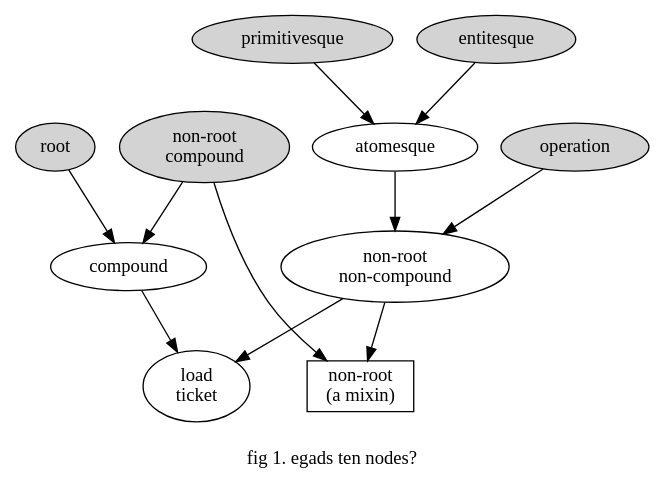
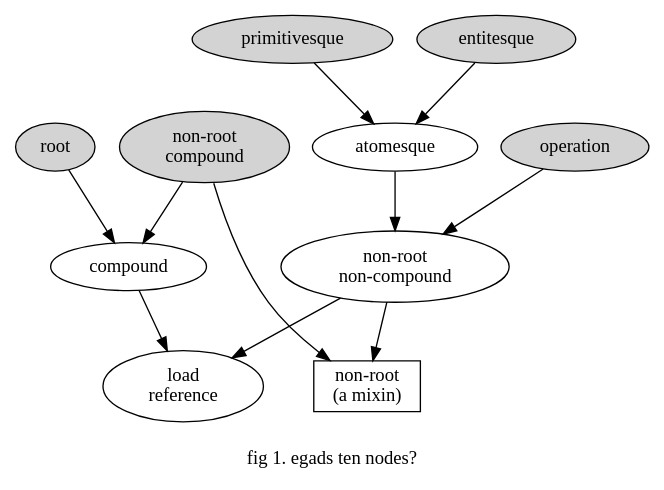
The diagram in zerk/doc/issues/039/figure-1-ERD.dot (hipe/tmx), drawn with Graphviz before and after one commit. The commit also changed 100 other files, not shown here.

```diff
--- a/zerk/doc/issues/039/figure-1-ERD.dot
+++ b/zerk/doc/issues/039/figure-1-ERD.dot
@@ -1,36 +1,36 @@
 digraph g {
 
   label="\nfig 1. egads ten nodes?"
 
   LT
   compound->LT
   NRNC->LT
 
   atomesque->NRNC
   primitivesque->atomesque
   entitesque->atomesque
 
   operation->NRNC
 
   root->compound
 
   NRC->compound
 
   NRNC->NR
   NRC->NR
 
   /*labels*/
 
-  LT[label="load\nticket"]
+  LT[label="load\nreference"]
   NR[label="non-root\n(a mixin)" shape=rectangle]
   NRC[label="non-root\ncompound"]
   NRNC[label="non-root\nnon-compound"]
 
   /* colors */
 
   entitesque[style=filled]
   NRC[style=filled]
   operation[style=filled]
   primitivesque[style=filled]
   root[style=filled]
 }
```
